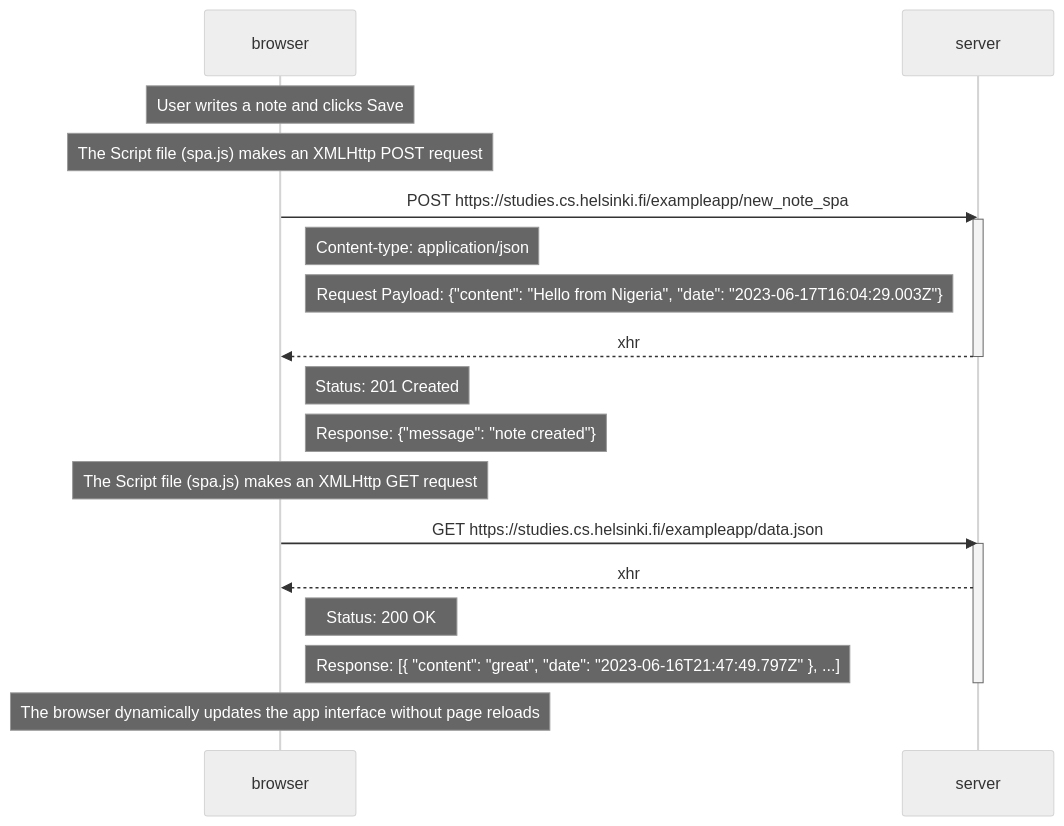
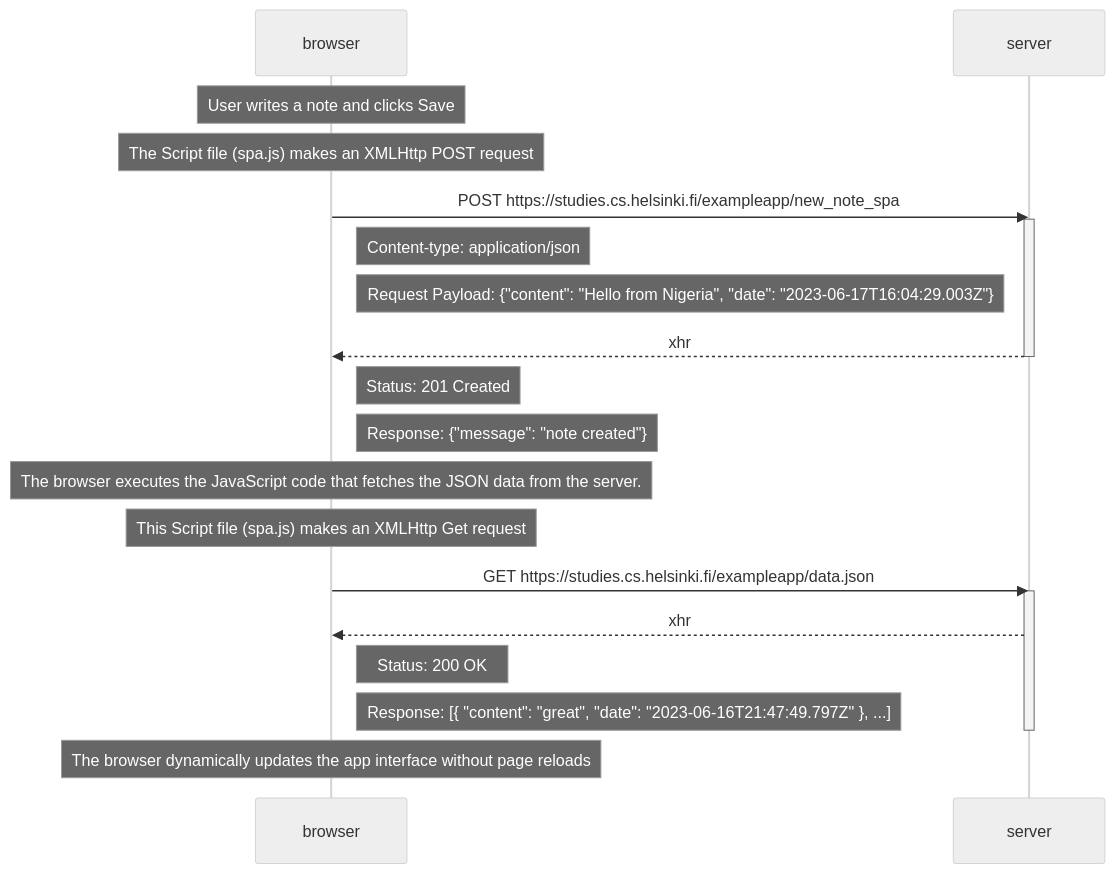
The diagram in part0/ex6.md (michaelikoko/fullstackopen_exercises), drawn with Mermaid (neutral theme) before and after one commit.

````diff
--- a/part0/ex6.md
+++ b/part0/ex6.md
@@ -1,29 +1,30 @@
 ```mermaid
 sequenceDiagram
     participant browser
     participant server
 
     Note over browser: User writes a note and clicks Save
     Note over browser: The Script file (spa.js) makes an XMLHttp POST request
 
     browser->>server: POST https://studies.cs.helsinki.fi/exampleapp/new_note_spa
     activate server
     Note right of browser: Content-type: application/json
     Note right of browser: Request Payload: {"content": "Hello from Nigeria", "date": "2023-06-17T16:04:29.003Z"}
     server-->>browser: xhr
     deactivate server
     Note right of browser: Status: 201 Created
     Note right of browser: Response: {"message": "note created"}
 
-    Note over browser: The Script file (spa.js) makes an XMLHttp GET request
+    Note over browser:  The browser executes the JavaScript code that fetches the JSON data from the server.
+    Note over browser: This Script file (spa.js) makes an XMLHttp Get request
 
     browser->>server: GET https://studies.cs.helsinki.fi/exampleapp/data.json
     activate server
     server-->>browser: xhr
     Note right of browser: Status: 200 OK
     Note right of browser: Response: [{ "content": "great", "date": "2023-06-16T21:47:49.797Z" }, ...]
     deactivate server
 
     Note over browser: The browser dynamically updates the app interface without page reloads
 
 ```
````
